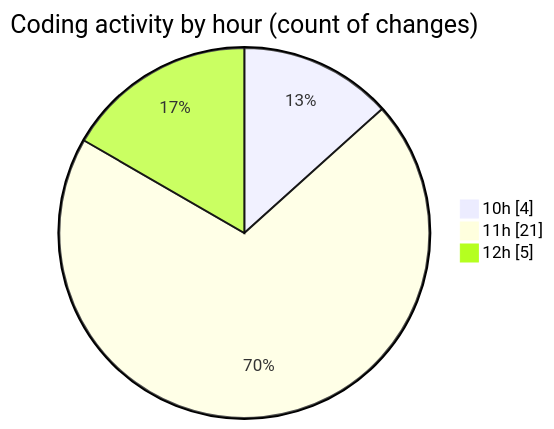
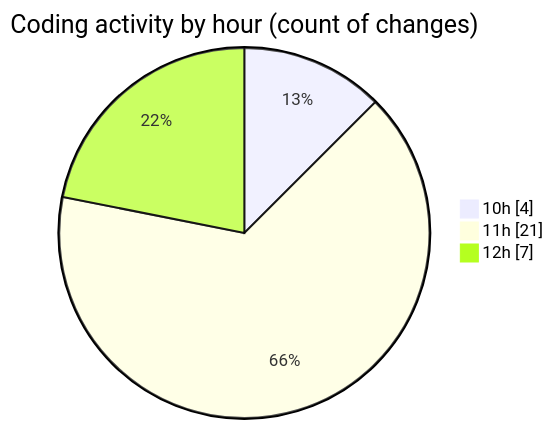
The second of 2 diagrams in 2025-05-15/jogo/README.md (LanceThiago/code-tracking), drawn with Mermaid before and after one commit. The commit also changed other lines of this file and 1 other file, not shown here.

````diff
--- a/2025-05-15/jogo/README.md
+++ b/2025-05-15/jogo/README.md
@@ -32,7 +32,7 @@
 ```mermaid
 pie showData
 title Coding activity by hour (count of changes)
 "10h" : 4
 "11h" : 21
-"12h" : 5
+"12h" : 7
 ```
````
